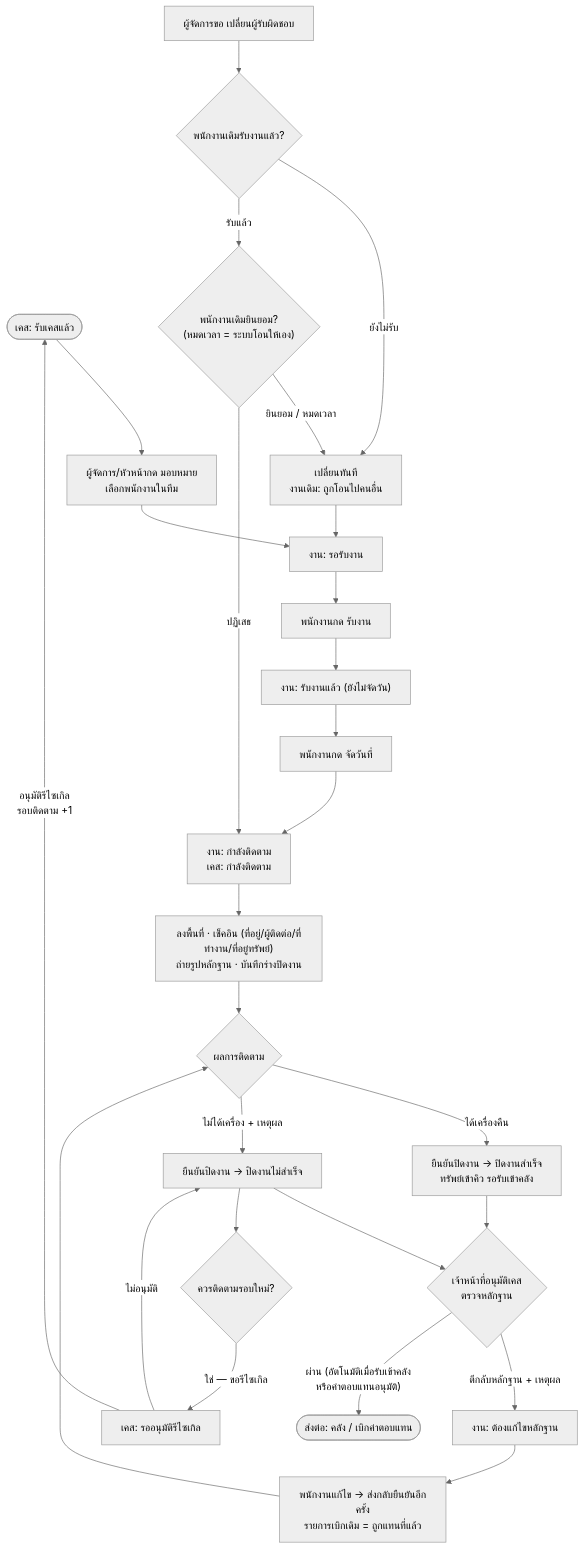
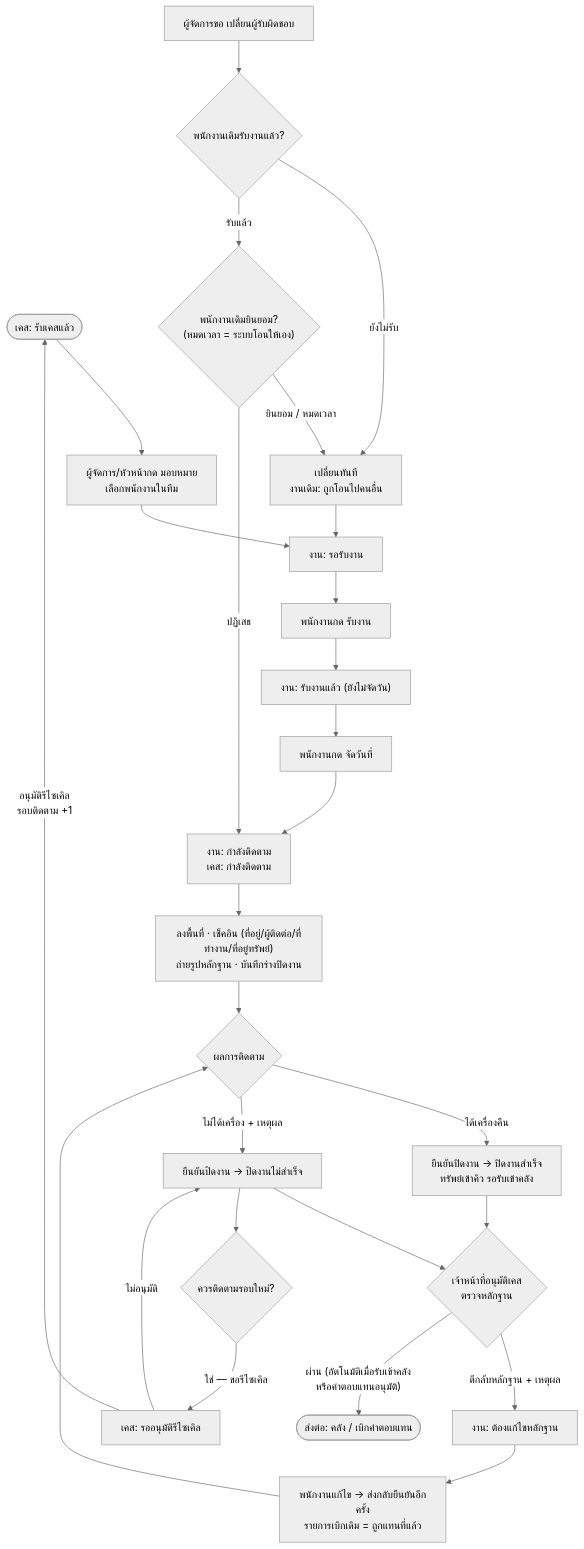
The third of 16 diagrams in manual/diagrams/01-workflow.md (soodkhet/AssetRecovery), drawn with Mermaid (neutral theme) before and after one commit. The commit also changed other lines of this file and 64 other files, not shown here.

````diff
--- a/manual/diagrams/01-workflow.md
+++ b/manual/diagrams/01-workflow.md
@@ -156,30 +156,30 @@
 ```mermaid
 flowchart TD
   %% ไฟล์ 40 + 41 — assignment_status เป็นสถานะย่อยของเคสที่รับแล้ว
   cin(["เคส: รับเคสแล้ว"]) --> as["ผู้จัดการ/หัวหน้ากด มอบหมาย<br/>เลือกพนักงานในทีม"]
   as --> pa["งาน: รอรับงาน"]
   pa --> acc["พนักงานกด รับงาน"]
   acc --> au["งาน: รับงานแล้ว (ยังไม่จัดวัน)"]
   au --> sch["พนักงานกด จัดวันที่"]
   sch --> sc["งาน: กำลังติดตาม<br/>เคส: กำลังติดตาม"]
   sc --> ci["ลงพื้นที่ · เช็คอิน (ที่อยู่/ผู้ติดต่อ/ที่ทำงาน/ที่อยู่ทรัพย์)<br/>ถ่ายรูปหลักฐาน · บันทึกร่างปิดงาน"]
   ci --> out{"ผลการติดตาม"}
   out -->|"ได้เครื่องคืน"| cs["ยืนยันปิดงาน → ปิดงานสำเร็จ<br/>ทรัพย์เข้าคิว รอรับเข้าคลัง"]
   out -->|"ไม่ได้เครื่อง + เหตุผล"| cf["ยืนยันปิดงาน → ปิดงานไม่สำเร็จ"]
   cs --> ev{"เจ้าหน้าที่อนุมัติเคส<br/>ตรวจหลักฐาน"}
   cf --> ev
   ev -->|"ตีกลับหลักฐาน + เหตุผล"| nr["งาน: ต้องแก้ไขหลักฐาน"]
   nr --> rs["พนักงานแก้ไข → ส่งกลับยืนยันอีกครั้ง<br/>รายการเบิกเดิม = ถูกแทนที่แล้ว"]
   rs --> out
   ev -->|"ผ่าน (อัตโนมัติเมื่อรับเข้าคลัง<br/>หรือค่าตอบแทนอนุมัติ)"| evok(["ส่งต่อ: คลัง / เบิกค่าตอบแทน"])
   cf --> rq{"ควรติดตามรอบใหม่?"}
-  rq -->|"ใช่ — ขอรีไซเกิล"| rr["เคส: รออนุมัติรีไซเกิล"]
-  rr -->|"อนุมัติรีไซเกิล<br/>รอบติดตาม +1"| cin
+  rq -->|"ใช่ — ขอรีไซเคิล"| rr["เคส: รออนุมัติรีไซเคิล"]
+  rr -->|"อนุมัติรีไซเคิล<br/>รอบติดตาม +1"| cin
   rr -->|"ไม่อนุมัติ"| cf
   re["ผู้จัดการขอ เปลี่ยนผู้รับผิดชอบ"] --> rc{"พนักงานเดิมรับงานแล้ว?"}
   rc -->|"ยังไม่รับ"| now["เปลี่ยนทันที<br/>งานเดิม: ถูกโอนไปคนอื่น"]
   rc -->|"รับแล้ว"| cons{"พนักงานเดิมยินยอม?<br/>(หมดเวลา = ระบบโอนให้เอง)"}
   cons -->|"ยินยอม / หมดเวลา"| now
   cons -->|"ปฏิเสธ"| sc
   now --> pa
 ```
````
